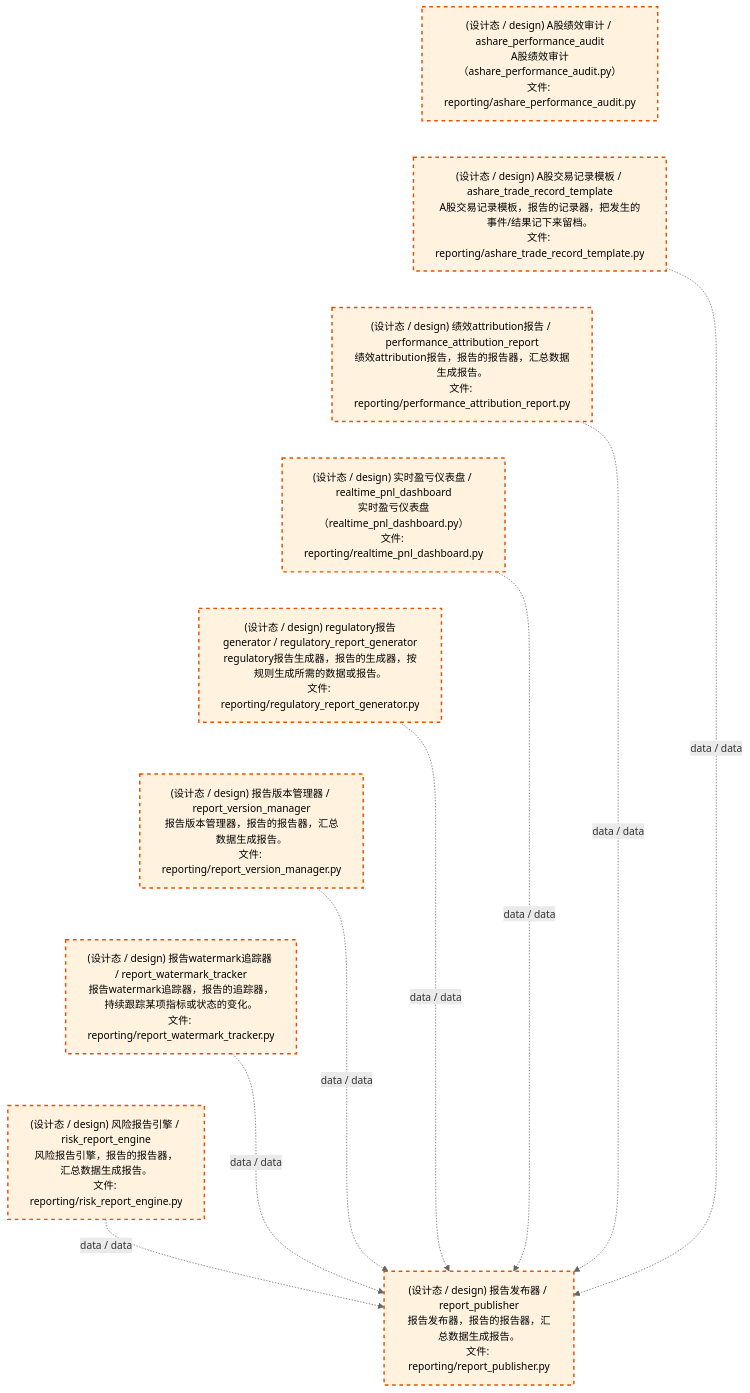
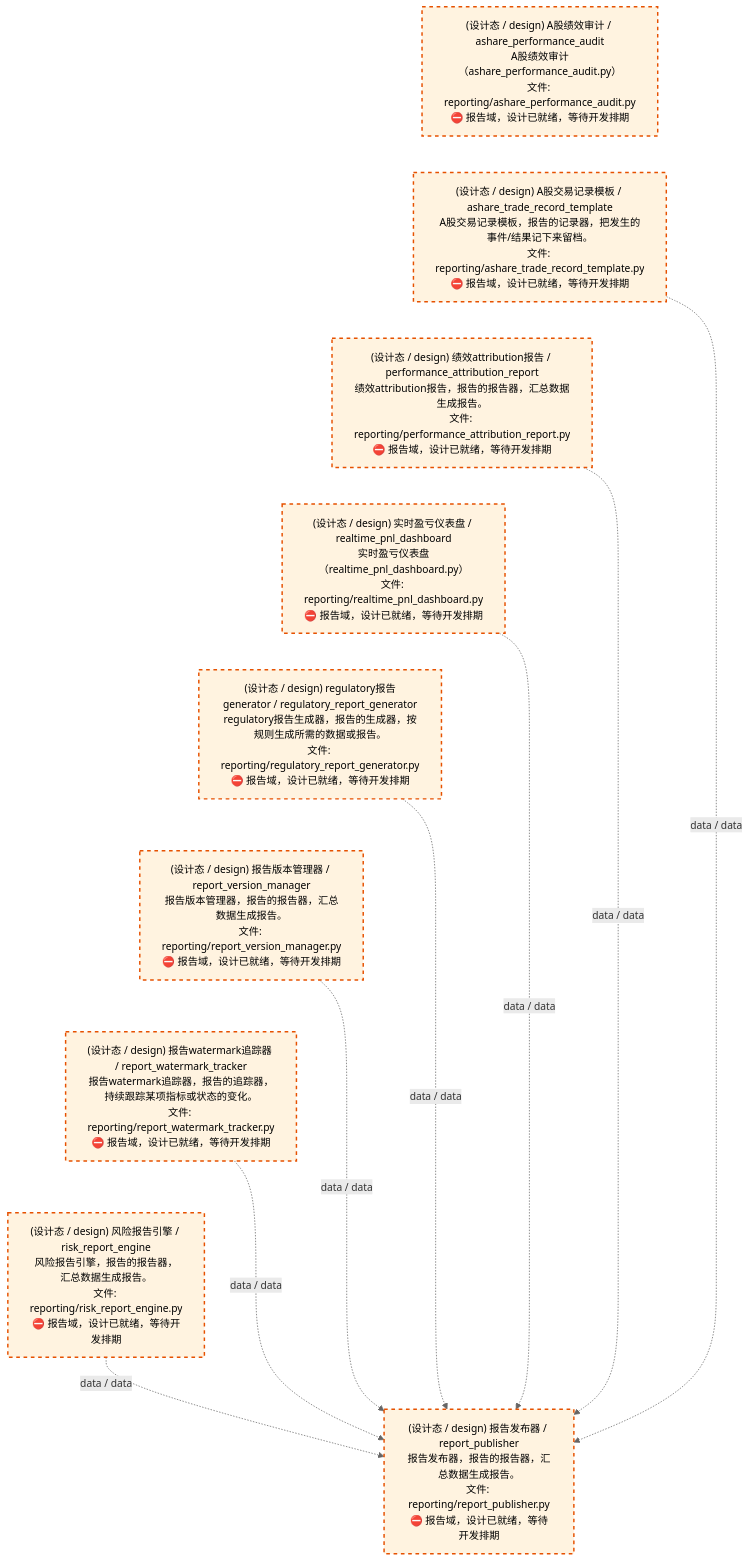
Before and after one commit to xuanFelixVan/ZephyrAlpha: the third of 4 diagrams in docs/02_enterprise_architecture/02_domain_architecture_docs/26_d_reporting.md, drawn with Mermaid. The commit also changed other lines of this file and 50 other files, not shown here.

````diff
--- a/docs/02_enterprise_architecture/02_domain_architecture_docs/26_d_reporting.md
+++ b/docs/02_enterprise_architecture/02_domain_architecture_docs/26_d_reporting.md
@@ -137,32 +137,32 @@
 ```mermaid
 %%{init: {'theme': 'base', 'themeVariables': {'primaryColor': '#eaeaea', 'primaryTextColor': '#333333', 'primaryBorderColor': '#666666', 'lineColor': '#666666', 'secondaryColor': '#eaeaea', 'tertiaryColor': '#eaeaea', 'fontSize': '14px'}}}%%
 flowchart TD
-    src_zephyr_reporting_ashare_performance_audit_py["(设计态 / design) A股绩效审计 / ashare_performance_audit<br/>A股绩效审计（ashare_performance_audit.py）<br/>文件: reporting/ashare_performance_audit.py"]
-    src_zephyr_reporting_ashare_trade_record_template_py["(设计态 / design) A股交易记录模板 / ashare_trade_record_template<br/>A股交易记录模板，报告的记录器，把发生的事件/结果记下来留档。<br/>文件: reporting/ashare_trade_record_template.py"]
-    src_zephyr_reporting_performance_attribution_report_py["(设计态 / design) 绩效attribution报告 / performance_attribution_report<br/>绩效attribution报告，报告的报告器，汇总数据生成报告。<br/>文件: reporting/performance_attribution_report.py"]
-    src_zephyr_reporting_realtime_pnl_dashboard_py["(设计态 / design) 实时盈亏仪表盘 / realtime_pnl_dashboard<br/>实时盈亏仪表盘（realtime_pnl_dashboard.py）<br/>文件: reporting/realtime_pnl_dashboard.py"]
-    src_zephyr_reporting_regulatory_report_generator_py["(设计态 / design) regulatory报告generator / regulatory_report_generator<br/>regulatory报告生成器，报告的生成器，按规则生成所需的数据或报告。<br/>文件: reporting/regulatory_report_generator.py"]
-    src_zephyr_reporting_report_version_manager_py["(设计态 / design) 报告版本管理器 / report_version_manager<br/>报告版本管理器，报告的报告器，汇总数据生成报告。<br/>文件: reporting/report_version_manager.py"]
-    src_zephyr_reporting_report_watermark_tracker_py["(设计态 / design) 报告watermark追踪器 / report_watermark_tracker<br/>报告watermark追踪器，报告的追踪器，持续跟踪某项指标或状态的变化。<br/>文件: reporting/report_watermark_tracker.py"]
-    src_zephyr_reporting_risk_report_engine_py["(设计态 / design) 风险报告引擎 / risk_report_engine<br/>风险报告引擎，报告的报告器，汇总数据生成报告。<br/>文件: reporting/risk_report_engine.py"]
+    src_zephyr_reporting_ashare_performance_audit_py["(设计态 / design) A股绩效审计 / ashare_performance_audit<br/>A股绩效审计（ashare_performance_audit.py）<br/>文件: reporting/ashare_performance_audit.py<br/>⛔ 报告域，设计已就绪，等待开发排期"]
+    src_zephyr_reporting_ashare_trade_record_template_py["(设计态 / design) A股交易记录模板 / ashare_trade_record_template<br/>A股交易记录模板，报告的记录器，把发生的事件/结果记下来留档。<br/>文件: reporting/ashare_trade_record_template.py<br/>⛔ 报告域，设计已就绪，等待开发排期"]
+    src_zephyr_reporting_performance_attribution_report_py["(设计态 / design) 绩效attribution报告 / performance_attribution_report<br/>绩效attribution报告，报告的报告器，汇总数据生成报告。<br/>文件: reporting/performance_attribution_report.py<br/>⛔ 报告域，设计已就绪，等待开发排期"]
+    src_zephyr_reporting_realtime_pnl_dashboard_py["(设计态 / design) 实时盈亏仪表盘 / realtime_pnl_dashboard<br/>实时盈亏仪表盘（realtime_pnl_dashboard.py）<br/>文件: reporting/realtime_pnl_dashboard.py<br/>⛔ 报告域，设计已就绪，等待开发排期"]
+    src_zephyr_reporting_regulatory_report_generator_py["(设计态 / design) regulatory报告generator / regulatory_report_generator<br/>regulatory报告生成器，报告的生成器，按规则生成所需的数据或报告。<br/>文件: reporting/regulatory_report_generator.py<br/>⛔ 报告域，设计已就绪，等待开发排期"]
+    src_zephyr_reporting_report_version_manager_py["(设计态 / design) 报告版本管理器 / report_version_manager<br/>报告版本管理器，报告的报告器，汇总数据生成报告。<br/>文件: reporting/report_version_manager.py<br/>⛔ 报告域，设计已就绪，等待开发排期"]
+    src_zephyr_reporting_report_watermark_tracker_py["(设计态 / design) 报告watermark追踪器 / report_watermark_tracker<br/>报告watermark追踪器，报告的追踪器，持续跟踪某项指标或状态的变化。<br/>文件: reporting/report_watermark_tracker.py<br/>⛔ 报告域，设计已就绪，等待开发排期"]
+    src_zephyr_reporting_risk_report_engine_py["(设计态 / design) 风险报告引擎 / risk_report_engine<br/>风险报告引擎，报告的报告器，汇总数据生成报告。<br/>文件: reporting/risk_report_engine.py<br/>⛔ 报告域，设计已就绪，等待开发排期"]
     src_zephyr_reporting_ashare_performance_audit_py ~~~ src_zephyr_reporting_ashare_trade_record_template_py
     src_zephyr_reporting_ashare_trade_record_template_py ~~~ src_zephyr_reporting_performance_attribution_report_py
     src_zephyr_reporting_performance_attribution_report_py ~~~ src_zephyr_reporting_realtime_pnl_dashboard_py
     src_zephyr_reporting_realtime_pnl_dashboard_py ~~~ src_zephyr_reporting_regulatory_report_generator_py
     src_zephyr_reporting_regulatory_report_generator_py ~~~ src_zephyr_reporting_report_version_manager_py
     src_zephyr_reporting_report_version_manager_py ~~~ src_zephyr_reporting_report_watermark_tracker_py
     src_zephyr_reporting_report_watermark_tracker_py ~~~ src_zephyr_reporting_risk_report_engine_py
-    src_zephyr_reporting_report_publisher_py["(设计态 / design) 报告发布器 / report_publisher<br/>报告发布器，报告的报告器，汇总数据生成报告。<br/>文件: reporting/report_publisher.py"]
+    src_zephyr_reporting_report_publisher_py["(设计态 / design) 报告发布器 / report_publisher<br/>报告发布器，报告的报告器，汇总数据生成报告。<br/>文件: reporting/report_publisher.py<br/>⛔ 报告域，设计已就绪，等待开发排期"]
     src_zephyr_reporting_ashare_trade_record_template_py -.->|data / data| src_zephyr_reporting_report_publisher_py
     src_zephyr_reporting_realtime_pnl_dashboard_py -.->|data / data| src_zephyr_reporting_report_publisher_py
     src_zephyr_reporting_regulatory_report_generator_py -.->|data / data| src_zephyr_reporting_report_publisher_py
     src_zephyr_reporting_risk_report_engine_py -.->|data / data| src_zephyr_reporting_report_publisher_py
     src_zephyr_reporting_report_version_manager_py -.->|data / data| src_zephyr_reporting_report_publisher_py
     src_zephyr_reporting_performance_attribution_report_py -.->|data / data| src_zephyr_reporting_report_publisher_py
     src_zephyr_reporting_report_watermark_tracker_py -.->|data / data| src_zephyr_reporting_report_publisher_py
     classDef production fill:#e1f5fe,stroke:#01579b,stroke-width:2px,color:#000
     classDef design fill:#fff3e0,stroke:#e65100,stroke-width:2px,color:#000,stroke-dasharray: 5 5
     classDef external_prod fill:#e8f4fd,stroke:#0277bd,stroke-width:1px,color:#000
     classDef external_design fill:#fff8e7,stroke:#ef6c00,stroke-width:1px,color:#000,stroke-dasharray: 5 5
     class src_zephyr_reporting_ashare_performance_audit_py,src_zephyr_reporting_ashare_trade_record_template_py,src_zephyr_reporting_performance_attribution_report_py,src_zephyr_reporting_realtime_pnl_dashboard_py,src_zephyr_reporting_regulatory_report_generator_py,src_zephyr_reporting_report_publisher_py,src_zephyr_reporting_report_version_manager_py,src_zephyr_reporting_report_watermark_tracker_py,src_zephyr_reporting_risk_report_engine_py design
 ```
````
